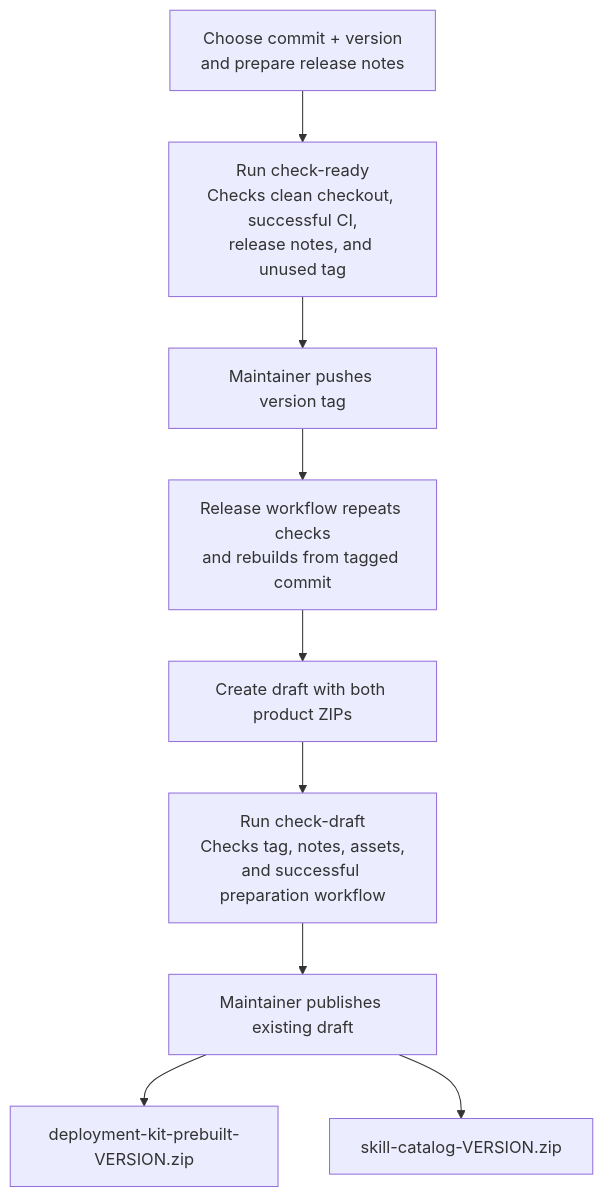
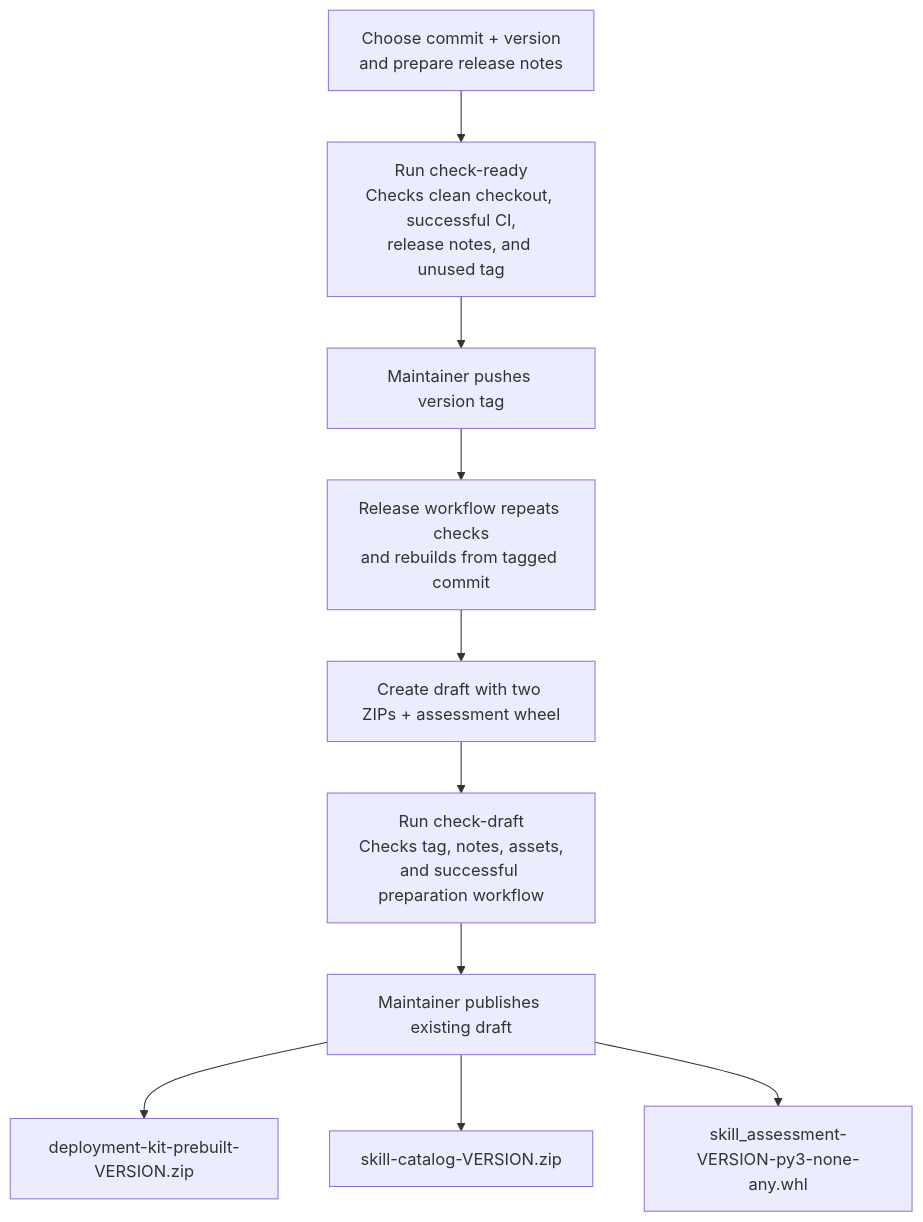
One commit to Code-dot-mil/SkLC changed the second of 2 diagrams in CI.md. Above: the diagram before and after it, drawn with Mermaid. The commit also changed other lines of this file and 6 other files, not shown here.

First line of the commit message:
feat: distribute the assessment kit as a third release product (#67)

````diff
--- a/CI.md
+++ b/CI.md
@@ -85,12 +85,13 @@
 ```mermaid
 flowchart TD
     R["Choose commit + version<br/>and prepare release notes"]
     R --> Q["Run check-ready<br/>Checks clean checkout, successful CI,<br/>release notes, and unused tag"]
     Q --> T["Maintainer pushes version tag"]
     T --> V["Release workflow repeats checks<br/>and rebuilds from tagged commit"]
-    V --> G["Create draft with both product ZIPs"]
+    V --> G["Create draft with two ZIPs + assessment wheel"]
     G --> H["Run check-draft<br/>Checks tag, notes, assets,<br/>and successful preparation workflow"]
     H --> P["Maintainer publishes existing draft"]
     P --> D["deployment-kit-prebuilt-VERSION.zip"]
     P --> C["skill-catalog-VERSION.zip"]
+    P --> A["skill_assessment-VERSION-py3-none-any.whl"]
 ```
````
